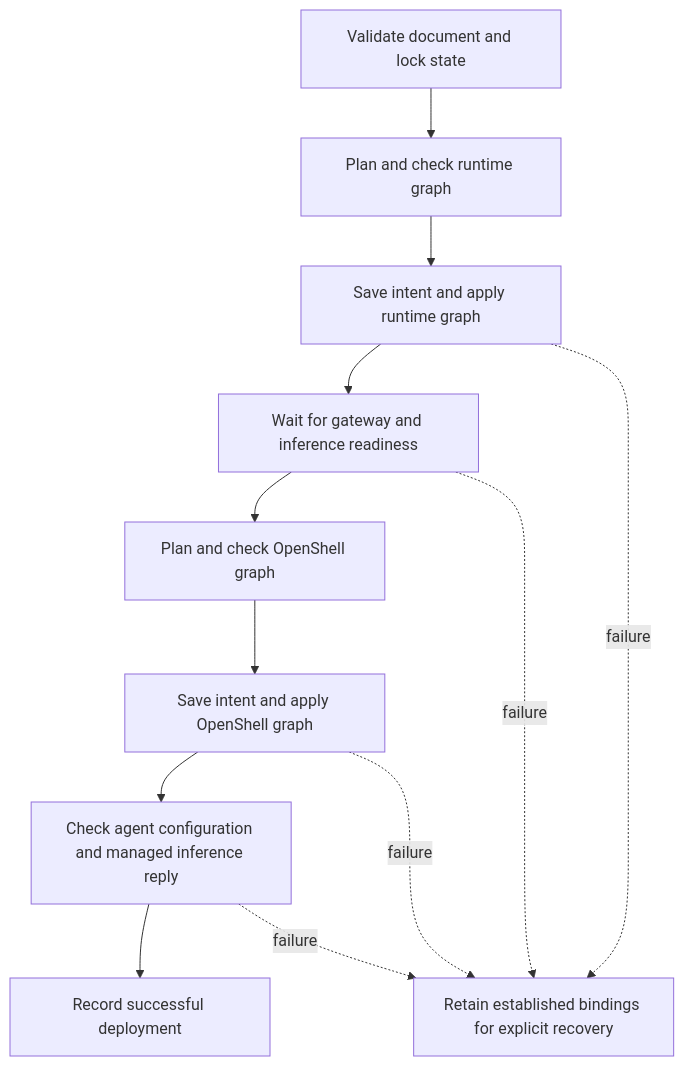
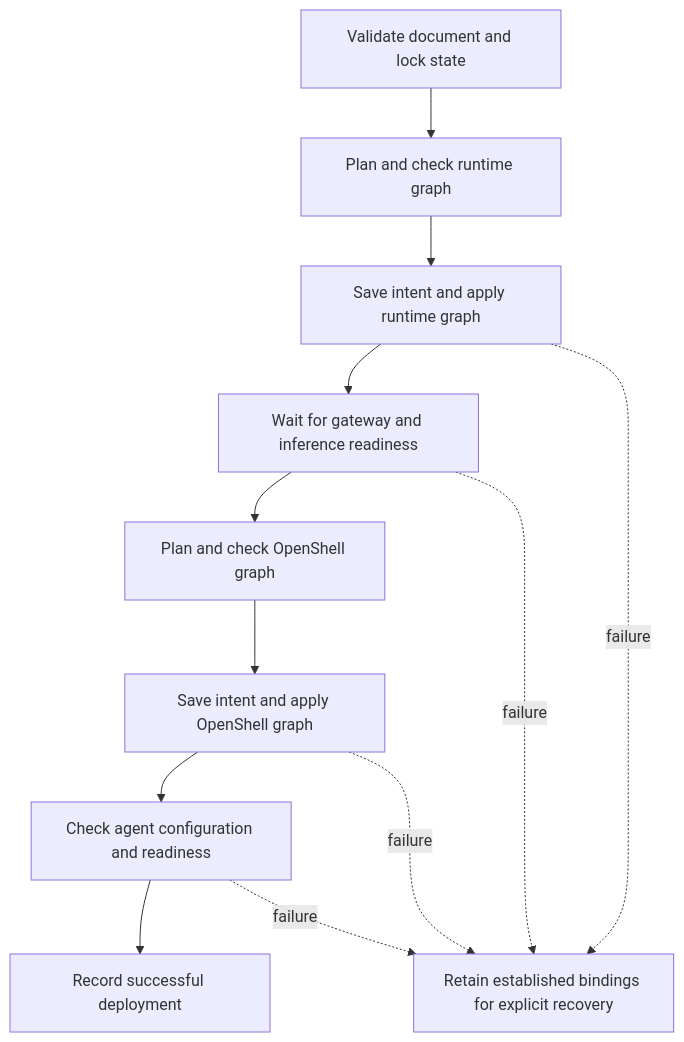
The second of 2 diagrams in docs/design/architecture.md (NVIDIA/NemoClaw), drawn with Mermaid before and after one commit. The commit also changed 15 other files, not shown here.

First line of the commit message:
docs: distinguish deployment readiness from inference verification

````diff
--- a/docs/design/architecture.md
+++ b/docs/design/architecture.md
@@ -77,14 +77,14 @@
 ```mermaid
 flowchart TD
     Input[Validate document and lock state] --> Runtime[Plan and check runtime graph]
     Runtime --> SaveRuntime[Save intent and apply runtime graph]
     SaveRuntime --> Wait[Wait for gateway and inference readiness]
     Wait --> Shell[Plan and check OpenShell graph]
     Shell --> SaveShell[Save intent and apply OpenShell graph]
-    SaveShell --> Probe[Check agent configuration and managed inference reply]
+    SaveShell --> Probe[Check agent configuration and readiness]
     Probe --> Done[Record successful deployment]
     SaveRuntime -. failure .-> Keep[Retain established bindings for explicit recovery]
     Wait -. failure .-> Keep
     SaveShell -. failure .-> Keep
     Probe -. failure .-> Keep
 ```
````
